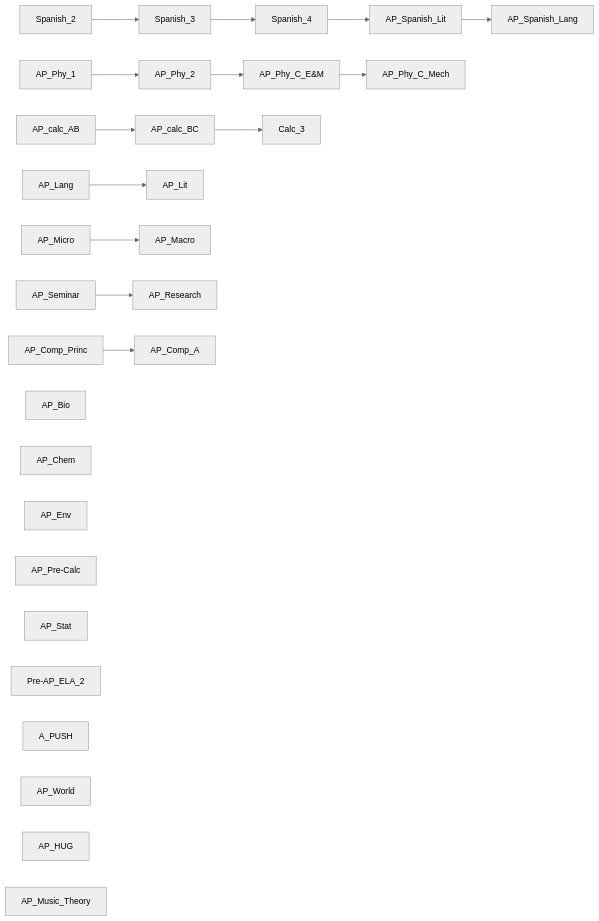
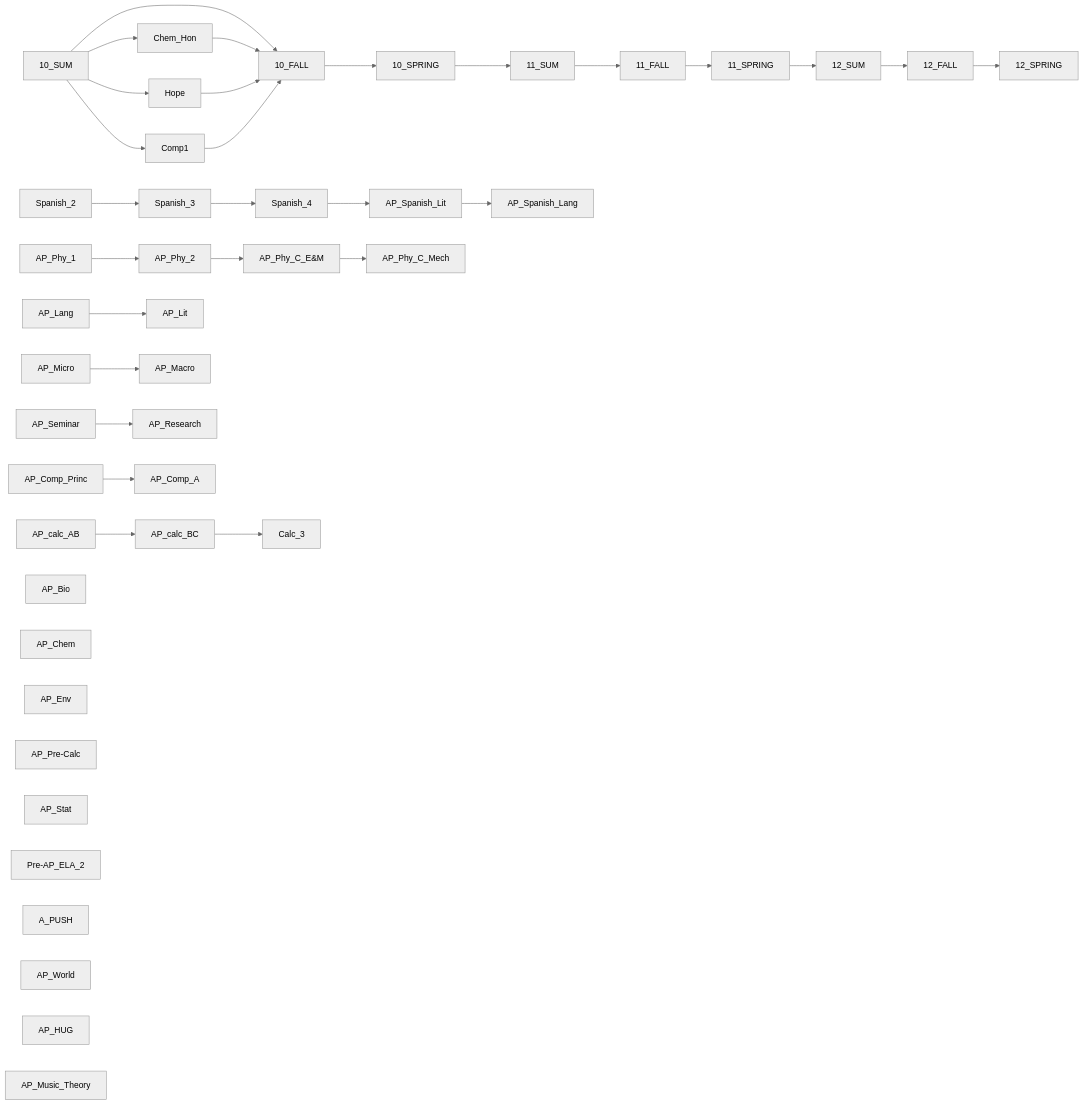
Before and after one commit to CodeFestus/shs-grw: the diagram in classes.mmd, drawn with Mermaid (neutral theme). The commit also changed 1 other file, not shown here.

```diff
--- a/classes.mmd
+++ b/classes.mmd
@@ -1,18 +1,22 @@
 graph LR;
+    10_SUM-->10_FALL-->10_SPRING-->11_SUM-->11_FALL-->11_SPRING-->12_SUM-->12_FALL-->12_SPRING
+    10_SUM-->Chem_Hon-->10_FALL
+    10_SUM-->Hope-->10_FALL
+    10_SUM-->Comp1-->10_FALL
     Spanish_2-->Spanish_3-->Spanish_4-->AP_Spanish_Lit-->AP_Spanish_Lang
     AP_Phy_1-->AP_Phy_2-->AP_Phy_C_E&M-->AP_Phy_C_Mech;
     AP_calc_AB-->AP_calc_BC-->Calc_3
     AP_Lang-->AP_Lit
     AP_Micro-->AP_Macro
     AP_Seminar-->AP_Research
     AP_Comp_Princ-->AP_Comp_A
     AP_Bio;
     AP_Chem;
     AP_Env;
     AP_Pre-Calc
     AP_Stat
     Pre-AP_ELA_2
     A_PUSH
     AP_World
     AP_HUG
     AP_Music_Theory
```
